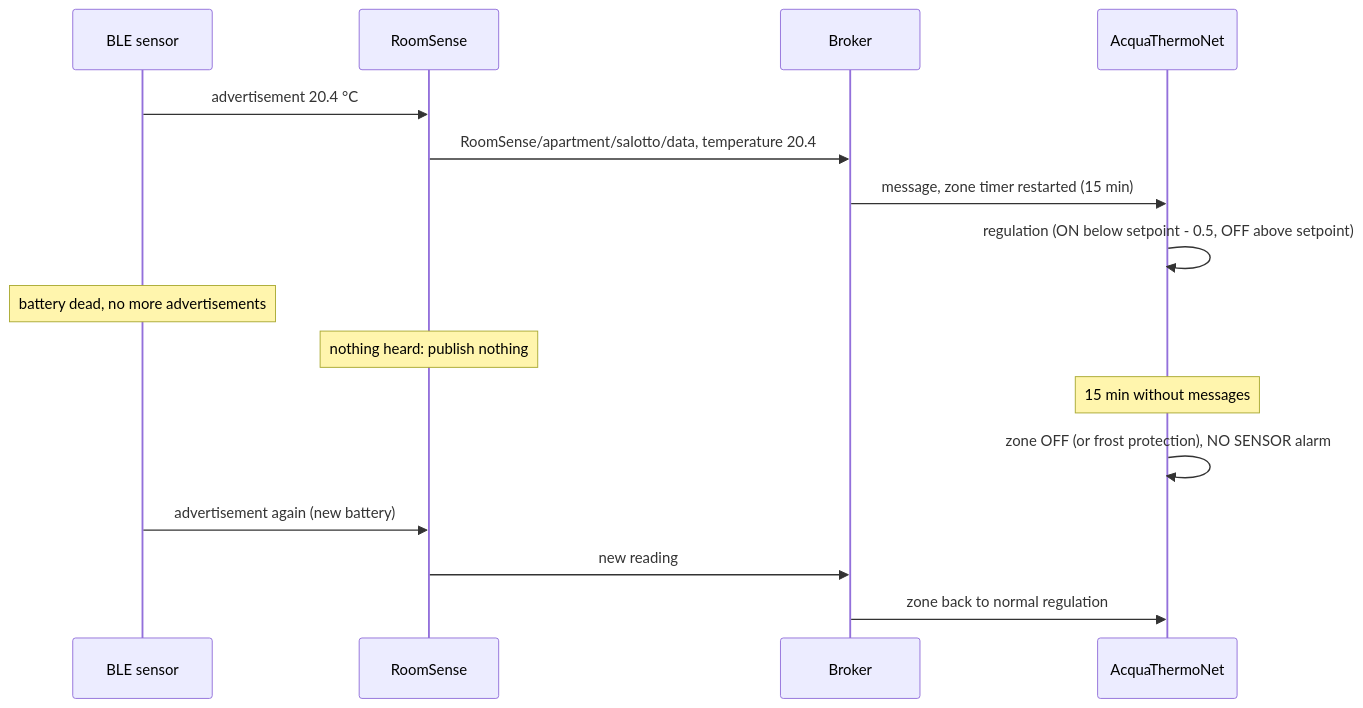
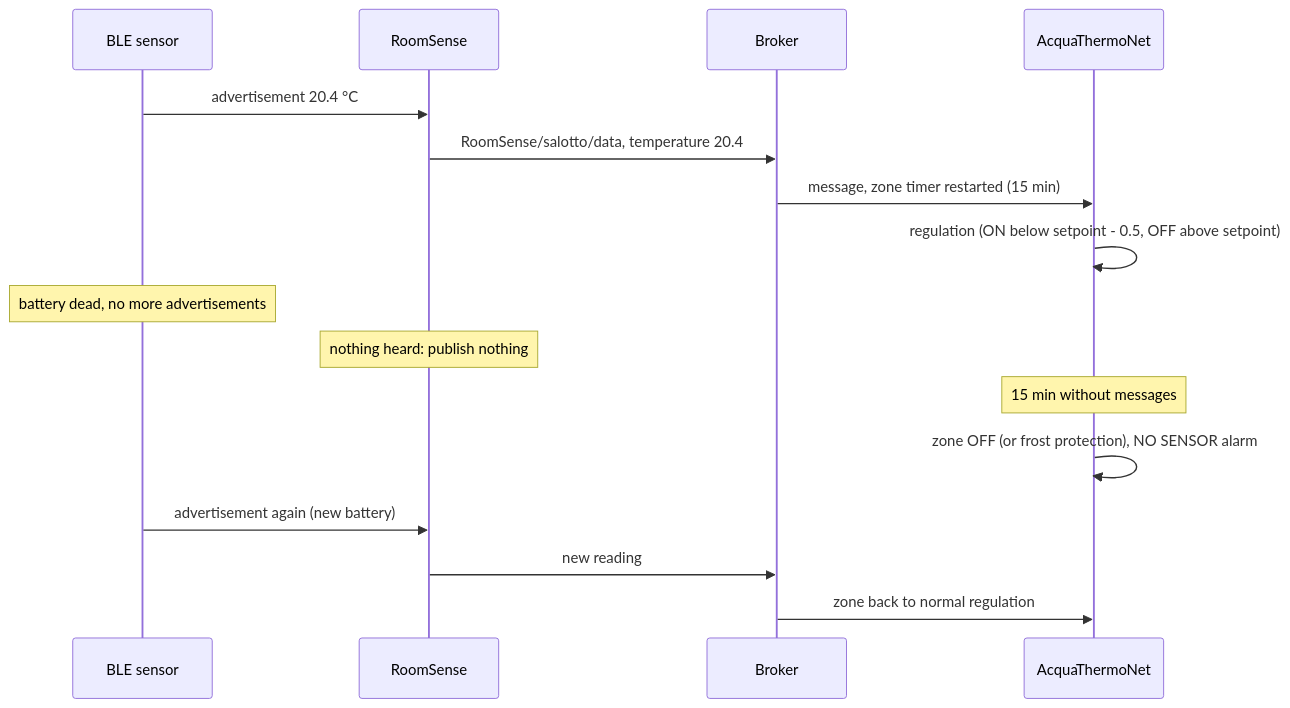
The second of 5 diagrams in docs/SENSOR_GATEWAY_INTERFACE.md (ska/AcquaThermoNet), drawn with Mermaid before and after one commit. The commit also changed other lines of this file and 37 other files, not shown here.

````diff
--- a/docs/SENSOR_GATEWAY_INTERFACE.md
+++ b/docs/SENSOR_GATEWAY_INTERFACE.md
@@ -216,19 +225,19 @@
 ```mermaid
 sequenceDiagram
     participant S as BLE sensor
     participant GW as RoomSense
     participant B as Broker
     participant ATN as AcquaThermoNet
 
     S->>GW: advertisement 20.4 °C
-    GW->>B: RoomSense/apartment/salotto/data, temperature 20.4
+    GW->>B: RoomSense/salotto/data, temperature 20.4
     B->>ATN: message, zone timer restarted (15 min)
     ATN->>ATN: regulation (ON below setpoint - 0.5, OFF above setpoint)
     Note over S: battery dead, no more advertisements
     Note over GW: nothing heard: publish nothing
     Note over ATN: 15 min without messages
     ATN->>ATN: zone OFF (or frost protection), NO SENSOR alarm
     S->>GW: advertisement again (new battery)
     GW->>B: new reading
     B->>ATN: zone back to normal regulation
 ```
````
